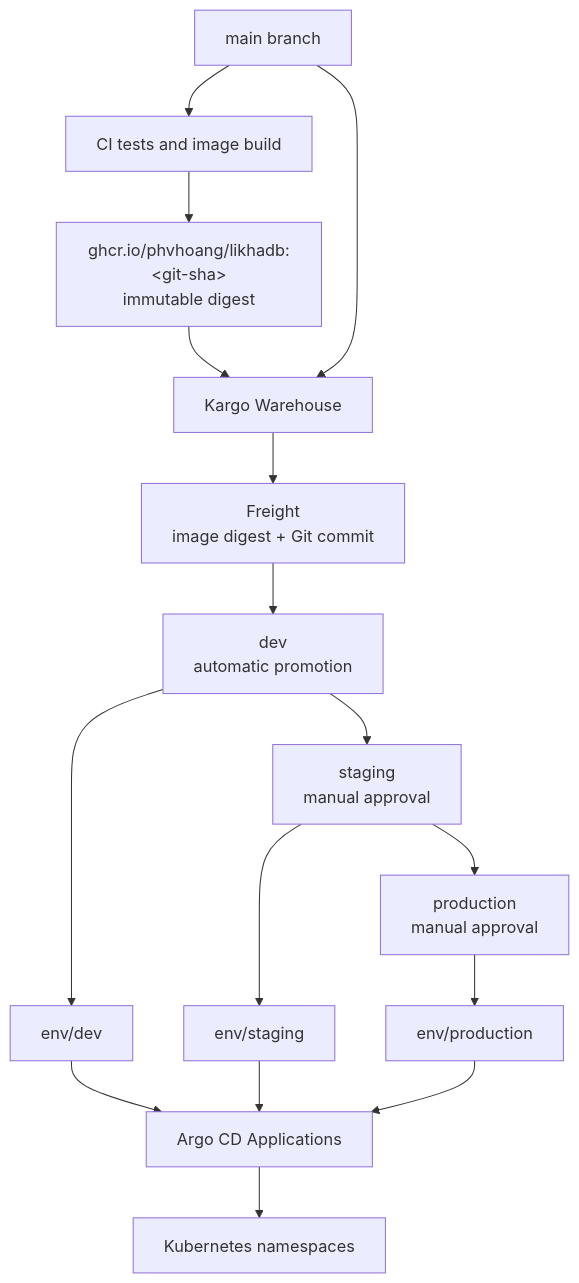
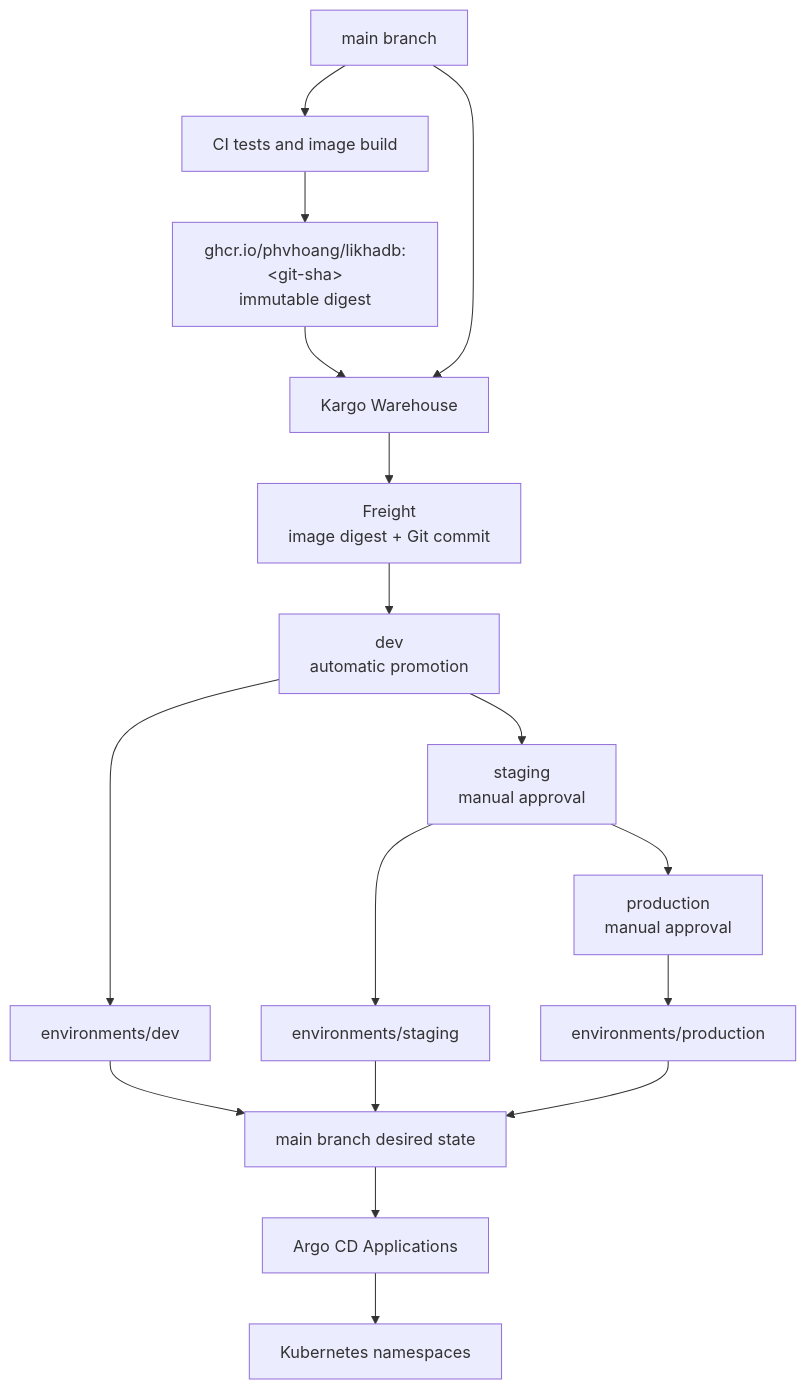
Before and after one commit to PhVHoang/likhadb: the diagram in docs/environment_promotion.md, drawn with Mermaid. The commit also changed other lines of this file and 10 other files, not shown here.

````diff
--- a/docs/environment_promotion.md
+++ b/docs/environment_promotion.md
@@ -40,18 +40,19 @@
 ```mermaid
 flowchart TD
     Main["main branch"] --> CI["CI tests and image build"]
     CI --> Registry["ghcr.io/phvhoang/likhadb:&lt;git-sha&gt;<br/>immutable digest"]
     Registry --> Warehouse["Kargo Warehouse"]
     Main --> Warehouse
     Warehouse --> Freight["Freight<br/>image digest + Git commit"]
     Freight --> Dev["dev<br/>automatic promotion"]
     Dev --> Staging["staging<br/>manual approval"]
     Staging --> Production["production<br/>manual approval"]
-    Dev --> DevBranch["env/dev"]
-    Staging --> StagingBranch["env/staging"]
-    Production --> ProductionBranch["env/production"]
-    DevBranch --> Argo["Argo CD Applications"]
-    StagingBranch --> Argo
-    ProductionBranch --> Argo
+    Dev --> DevDir["environments/dev"]
+    Staging --> StagingDir["environments/staging"]
+    Production --> ProductionDir["environments/production"]
+    DevDir --> MainState["main branch desired state"]
+    StagingDir --> MainState
+    ProductionDir --> MainState
+    MainState --> Argo["Argo CD Applications"]
     Argo --> Cluster["Kubernetes namespaces"]
 ```
````
